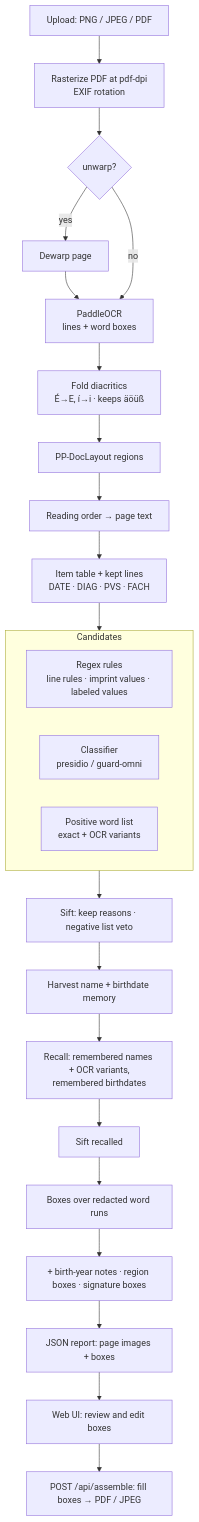
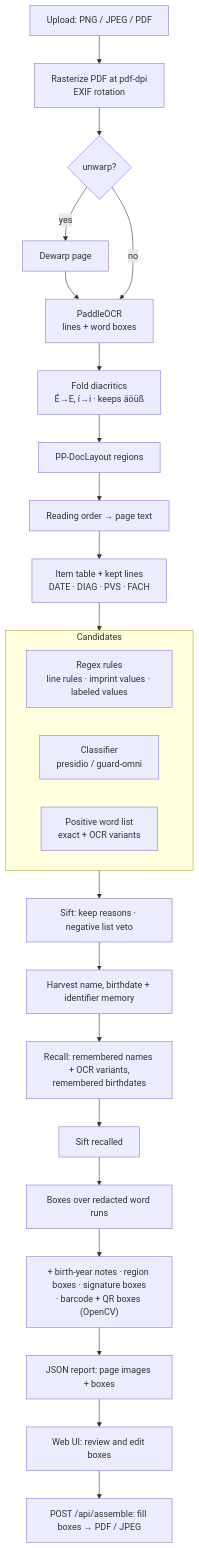
One commit to krausest/pii-redact-german-invoice changed the diagram in docs/FLOW.md. Above: the diagram before and after it, drawn with Mermaid. The commit also changed other lines of this file and 27 other files, not shown here.

````diff
--- a/docs/FLOW.md
+++ b/docs/FLOW.md
@@ -6,26 +6,26 @@
 ```mermaid
 flowchart TD
     IN["Upload: PNG / JPEG / PDF"] --> RAS["Rasterize PDF at pdf-dpi<br/>EXIF rotation"]
     RAS --> UNW{"unwarp?"}
     UNW -- yes --> DEW["Dewarp page"] --> OCR
     UNW -- no --> OCR
     OCR["PaddleOCR<br/>lines + word boxes"] --> FOLD["Fold diacritics<br/>É→E, í→i · keeps äöüß"]
     FOLD --> LAY["PP-DocLayout regions"]
     LAY --> ORD["Reading order → page text"]
     ORD --> KEEP["Item table + kept lines<br/>DATE · DIAG · PVS · FACH"]
     KEEP --> DET
     subgraph DET ["Candidates"]
         RULES["Regex rules<br/>line rules · imprint values · labeled values"]
         CLS["Classifier<br/>presidio / guard-omni"]
         POS["Positive word list<br/>exact + OCR variants"]
     end
     DET --> SIFT["Sift: keep reasons · negative list veto"]
-    SIFT --> HARV["Harvest name + birthdate memory"]
+    SIFT --> HARV["Harvest name, birthdate + identifier memory"]
     HARV --> REC["Recall: remembered names + OCR variants,<br/>remembered birthdates"]
     REC --> SIFT2["Sift recalled"]
     SIFT2 --> WB["Boxes over redacted word runs"]
-    WB --> EXTRA["+ birth-year notes · region boxes · signature boxes"]
+    WB --> EXTRA["+ birth-year notes · region boxes · signature boxes<br/>· barcode + QR boxes (OpenCV)"]
     EXTRA --> REP["JSON report: page images + boxes"]
     REP --> UI["Web UI: review and edit boxes"]
     UI --> ASM["POST /api/assemble: fill boxes → PDF / JPEG"]
 ```
````
